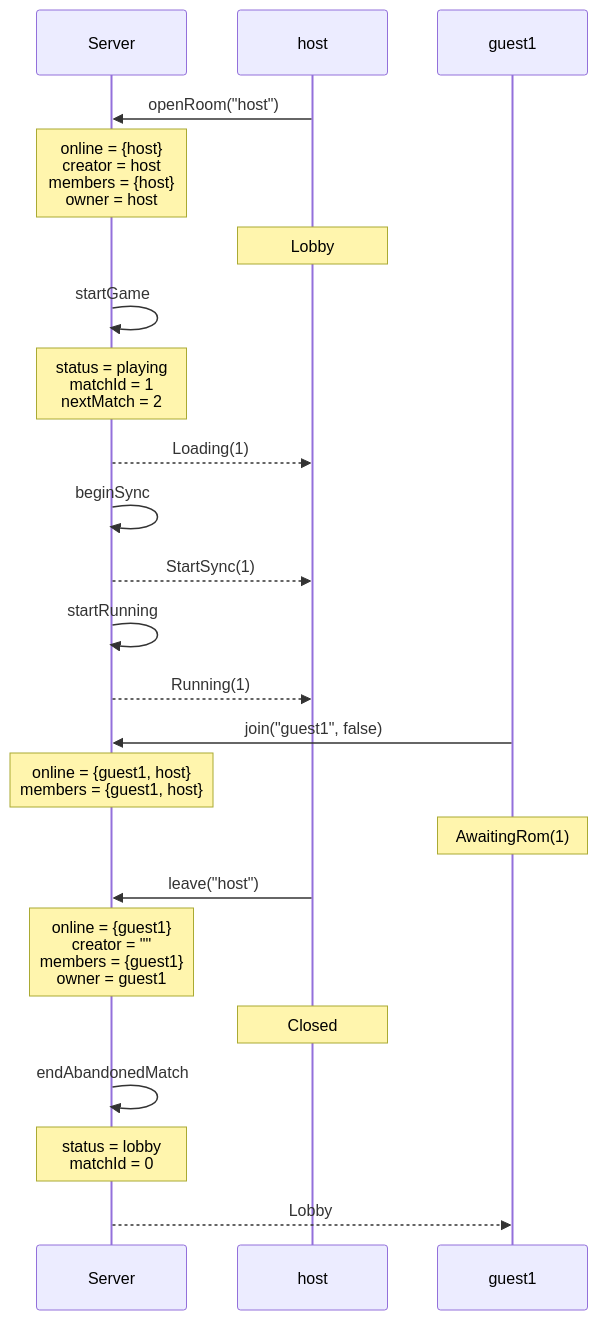
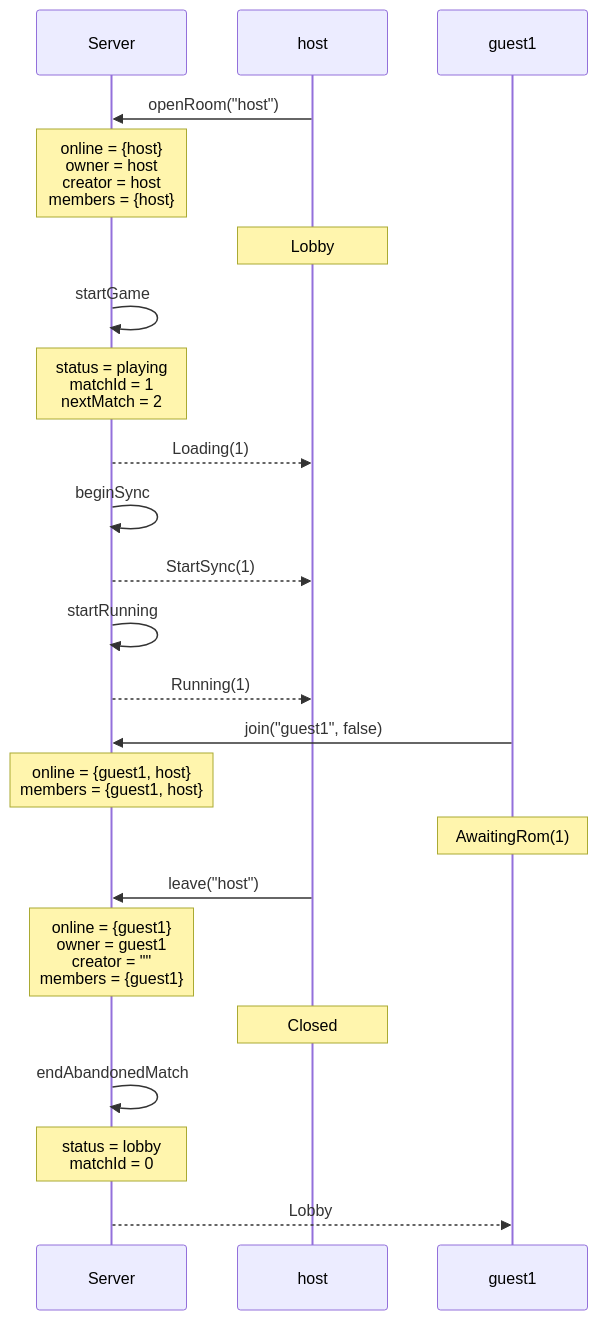
Diagram 12 of 32 in docs/spec-traces.md (kwilson21/kaillera-next), drawn with Mermaid before and after one commit. The commit also changed other lines of this file and 49 other files, not shown here.

````diff
--- a/docs/spec-traces.md
+++ b/docs/spec-traces.md
@@ -206,25 +301,25 @@
 ```mermaid
 sequenceDiagram
   participant Server
   participant host
   participant guest1
   host->>Server: openRoom("host")
-  Note over Server: online = {host}<br/>creator = host<br/>members = {host}<br/>owner = host
+  Note over Server: online = {host}<br/>owner = host<br/>creator = host<br/>members = {host}
   Note over host: Lobby
   Server->>Server: startGame
   Note over Server: status = playing<br/>matchId = 1<br/>nextMatch = 2
   Server-->>host: Loading(1)
   Server->>Server: beginSync
   Server-->>host: StartSync(1)
   Server->>Server: startRunning
   Server-->>host: Running(1)
   guest1->>Server: join("guest1", false)
   Note over Server: online = {guest1, host}<br/>members = {guest1, host}
   Note over guest1: AwaitingRom(1)
   host->>Server: leave("host")
-  Note over Server: online = {guest1}<br/>creator = ""<br/>members = {guest1}<br/>owner = guest1
+  Note over Server: online = {guest1}<br/>owner = guest1<br/>creator = ""<br/>members = {guest1}
   Note over host: Closed
   Server->>Server: endAbandonedMatch
   Note over Server: status = lobby<br/>matchId = 0
   Server-->>guest1: Lobby
 ```
````
